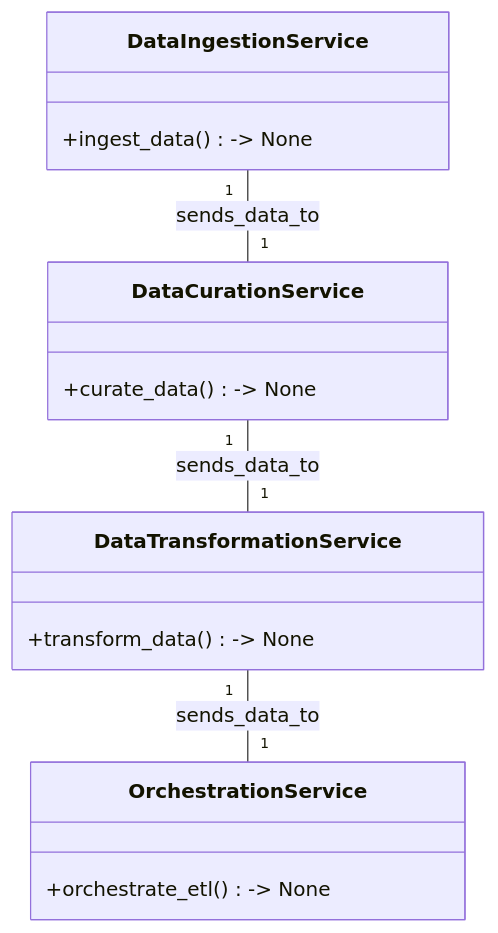
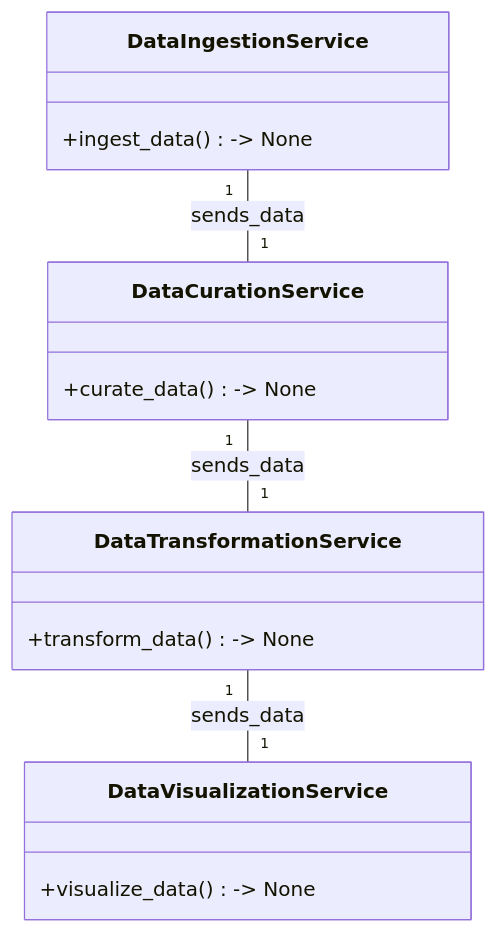
Before and after one commit to selin-k/bi_report_project: the first of 2 diagrams in docs/sdd.md, drawn with Mermaid. The commit also changed other lines of this file and 17 other files, not shown here.

````diff
--- a/docs/sdd.md
+++ b/docs/sdd.md
@@ -29,18 +29,18 @@
 ```mermaid
 classDiagram
-    class DataIngestionService{
+    class DataIngestionService {
         +ingest_data() -> None
     }
-    class DataCurationService{
+    class DataCurationService {
         +curate_data() -> None
     }
-    class DataTransformationService{
+    class DataTransformationService {
         +transform_data() -> None
     }
-    class OrchestrationService{
-        +orchestrate_etl() -> None
+    class DataVisualizationService {
+        +visualize_data() -> None
     }
-    DataIngestionService "1" -- "1" DataCurationService: sends_data_to
-    DataCurationService "1" -- "1" DataTransformationService: sends_data_to
-    DataTransformationService "1" -- "1" OrchestrationService: sends_data_to
+    DataIngestionService "1" -- "1" DataCurationService: sends_data
+    DataCurationService "1" -- "1" DataTransformationService: sends_data
+    DataTransformationService "1" -- "1" DataVisualizationService: sends_data
 ```
````
